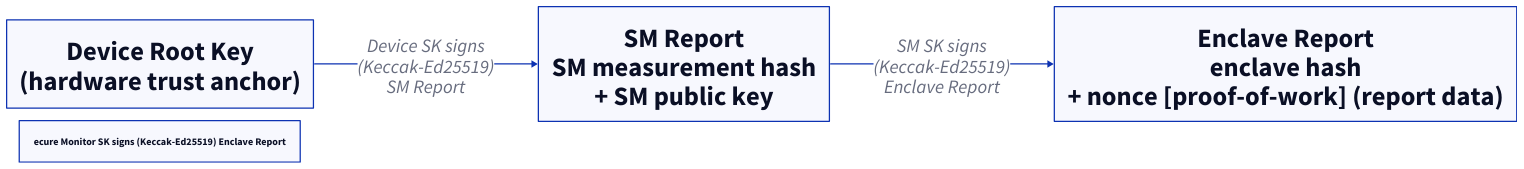
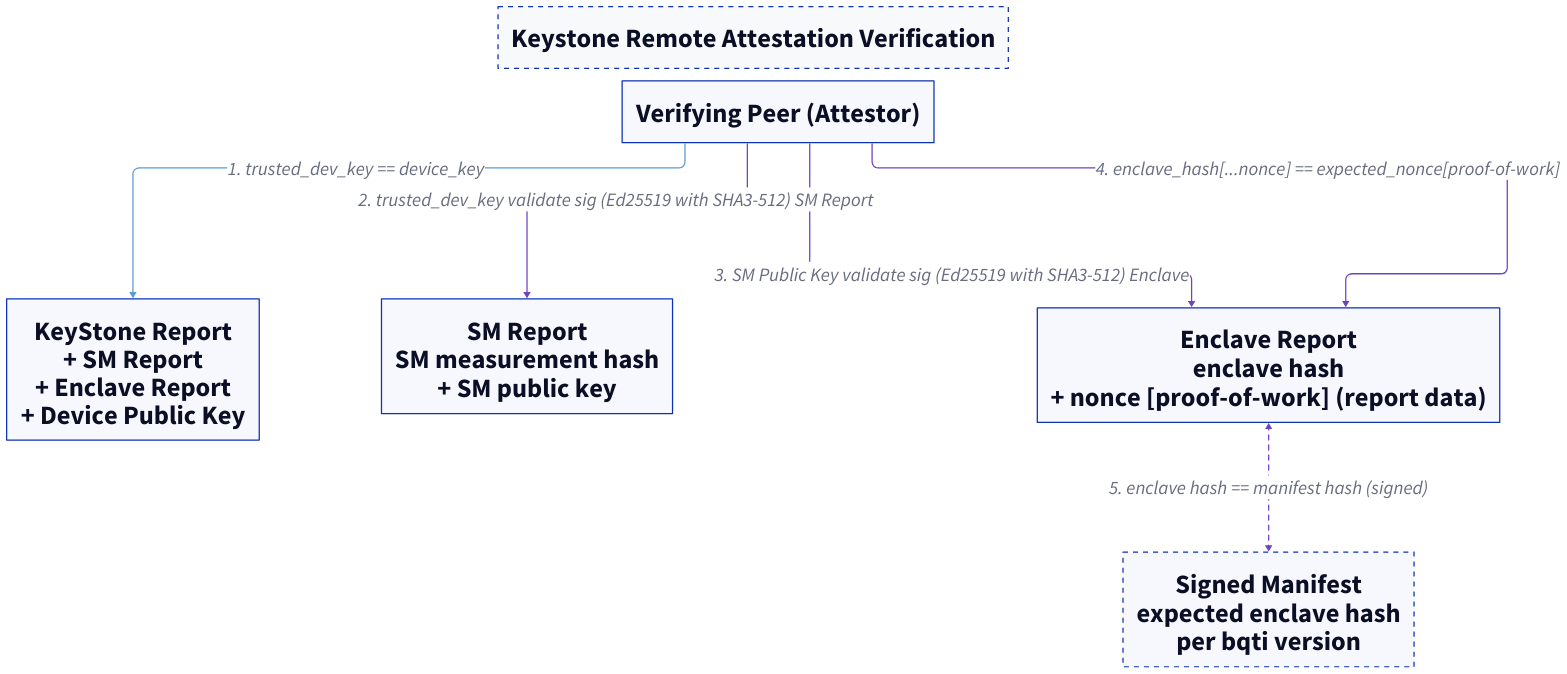
The diagram in Org/diagrams/067/attestation_keystone.d2 (OnlyCavas/thesis), drawn with D2 before and after one commit. The commit also changed 14 other files, not shown here.

```diff
--- a/Org/diagrams/067/attestation_keystone.d2
+++ b/Org/diagrams/067/attestation_keystone.d2
@@ -1,31 +1,65 @@
 vars: {
   d2-config: {
     layout-engine: elk
   }
 }
 
-direction: right
-
-device: Device Root Key {
-  label: "Device Root Key\n(hardware trust anchor)"
+direction: down
+conn: Keystone Remote Attestation Verification {
+  style.fill: "#f8f9fa"
+  style.stroke-dash: 4
   style.font-size: 42
+  near: top-center
 }
 
 sm: Security Monitor Report {
   label: "SM Report\nSM measurement hash\n+ SM public key"
   style.font-size: 42
 }
 
 enclave: Enclave Report {
+  style.font-size: 42
   label: "Enclave Report\nenclave hash\n+ nonce [proof-of-work] (report data)"
-  style.font-size: 42
 }
 
-device -> sm: "Device SK signs\n(Keccak-Ed25519)\nSM Report" {
-  style.font-size: 30
+manifest: Developer Manifest {
+  style.stroke-dash: 4
+  style.font-size: 42
+  label: "Signed Manifest\nexpected enclave hash\nper bqti version"
 }
 
-sm -> enclave: "SM SK signs\n(Keccak-Ed25519)\nEnclave Report" {
+verifier: Verifier {
+  style.font-size: 42
+  label: "Verifying Peer (Attestor)"
+}
+
+report: Keystone Report {
+  style.font-size: 42
+  label: "KeyStone Report\n+ SM Report\n+ Enclave Report\n+ Device Public Key"
+}
+
+verifier -> report: 1. trusted_dev_key == device_key {
   style.font-size: 30
+  style.stroke: "#5B9BD5"
 }
-ecure Monitor SK signs (Keccak-Ed25519) Enclave Report
+
+verifier -> sm: 2. trusted_dev_key validate sig (Ed25519 with SHA3-512) SM Report {
+  style.font-size: 30
+  style.stroke: "#6f42c1"
+}
+
+verifier -> enclave: 3. SM Public Key validate sig (Ed25519 with SHA3-512) Enclave {
+  style.font-size: 30
+  style.stroke: "#6f42c1"
+}
+
+verifier -> enclave: 4. enclave_hash\[...nonce\] == expected_nonce\[proof-of-work\] {
+  style.font-size: 30
+  style.stroke: "#6f42c1"
+}
+
+enclave <-> manifest: 5. enclave hash == manifest hash (signed) {
+  style.font-size: 30
+  style.stroke: "#6f42c1"
+  style.stroke-dash: 4
+}
```
